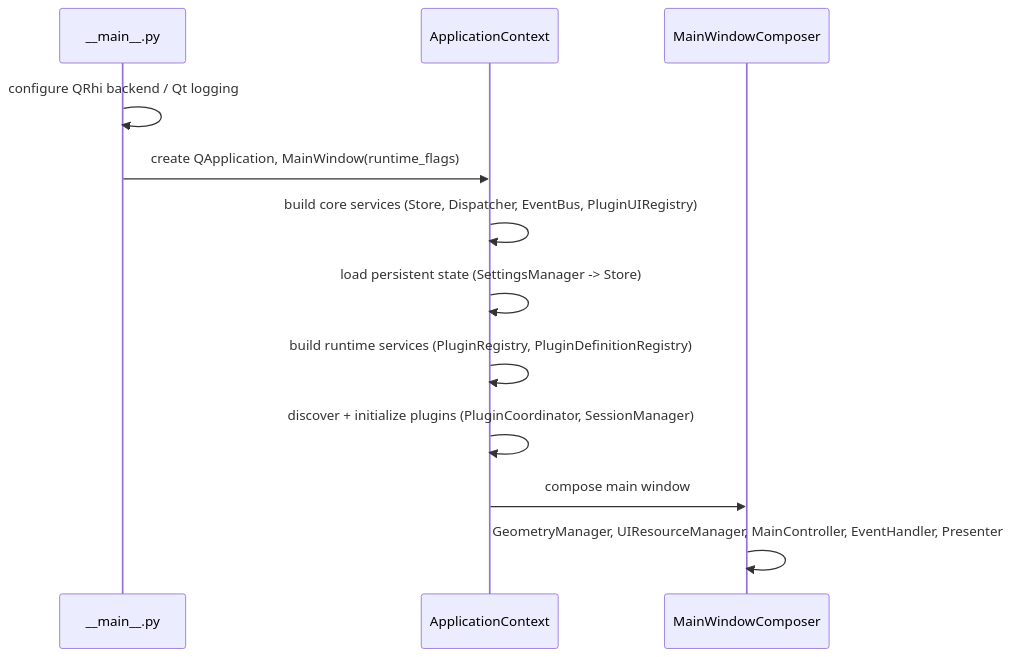
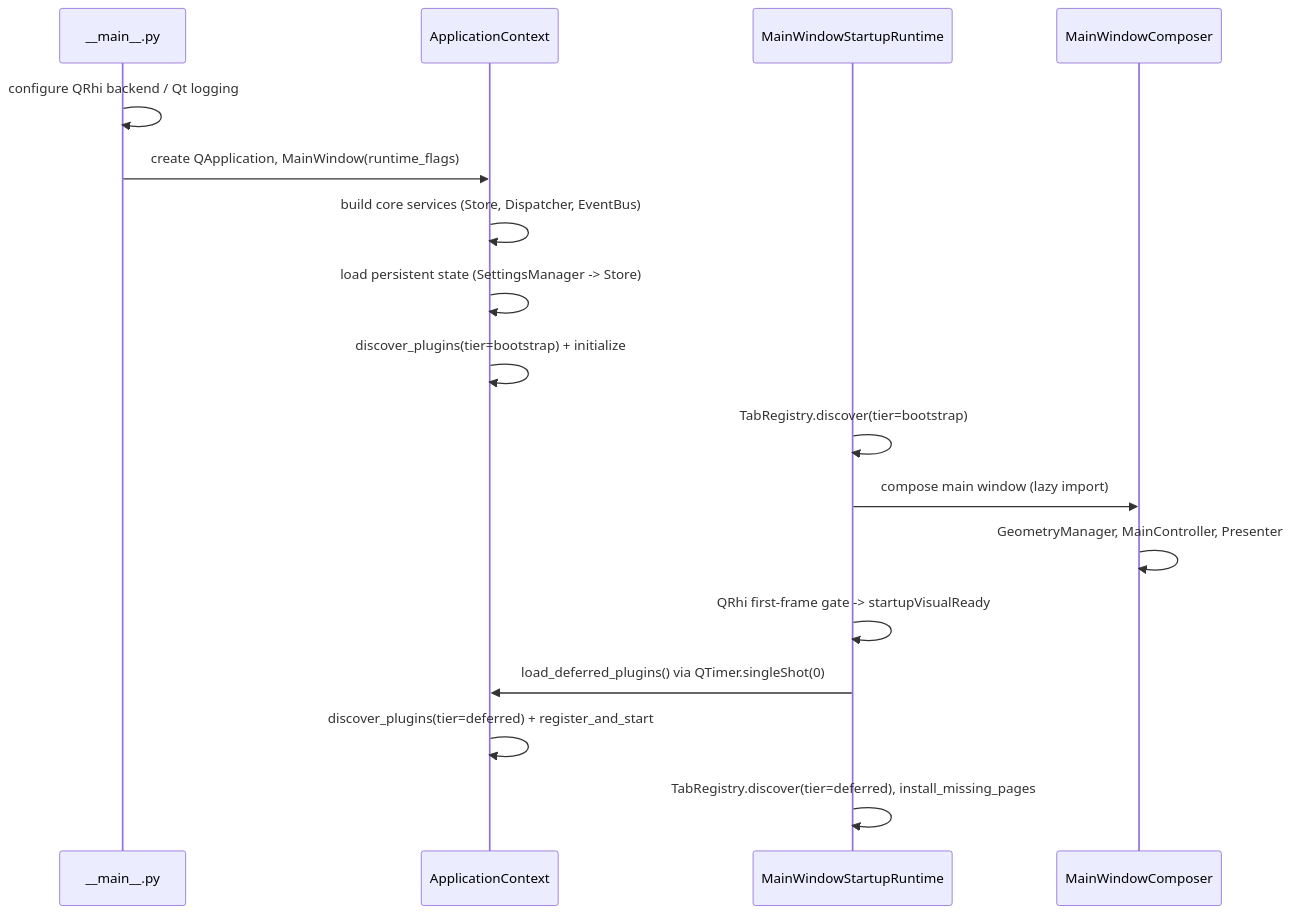
Before and after one commit to Loganavter/Improve-ImgSLI: the third of 6 diagrams in docs/dev/ARCHITECTURE.md, drawn with Mermaid. The commit also changed other lines of this file and 754 other files, not shown here.

````diff
--- a/docs/dev/ARCHITECTURE.md
+++ b/docs/dev/ARCHITECTURE.md
@@ -60,15 +60,20 @@
 ```mermaid
 sequenceDiagram
     participant Main as __main__.py
     participant Ctx as ApplicationContext
+    participant Startup as MainWindowStartupRuntime
     participant Composer as MainWindowComposer
 
     Main->>Main: configure QRhi backend / Qt logging
     Main->>Ctx: create QApplication, MainWindow(runtime_flags)
-    Ctx->>Ctx: build core services (Store, Dispatcher, EventBus, PluginUIRegistry)
+    Ctx->>Ctx: build core services (Store, Dispatcher, EventBus)
     Ctx->>Ctx: load persistent state (SettingsManager -> Store)
-    Ctx->>Ctx: build runtime services (PluginRegistry, PluginDefinitionRegistry)
-    Ctx->>Ctx: discover + initialize plugins (PluginCoordinator, SessionManager)
-    Ctx->>Composer: compose main window
-    Composer->>Composer: GeometryManager, UIResourceManager, MainController, EventHandler, Presenter
+    Ctx->>Ctx: discover_plugins(tier=bootstrap) + initialize
+    Startup->>Startup: TabRegistry.discover(tier=bootstrap)
+    Startup->>Composer: compose main window (lazy import)
+    Composer->>Composer: GeometryManager, MainController, Presenter
+    Startup->>Startup: QRhi first-frame gate -> startupVisualReady
+    Startup->>Ctx: load_deferred_plugins() via QTimer.singleShot(0)
+    Ctx->>Ctx: discover_plugins(tier=deferred) + register_and_start
+    Startup->>Startup: TabRegistry.discover(tier=deferred), install_missing_pages
 ```
````
